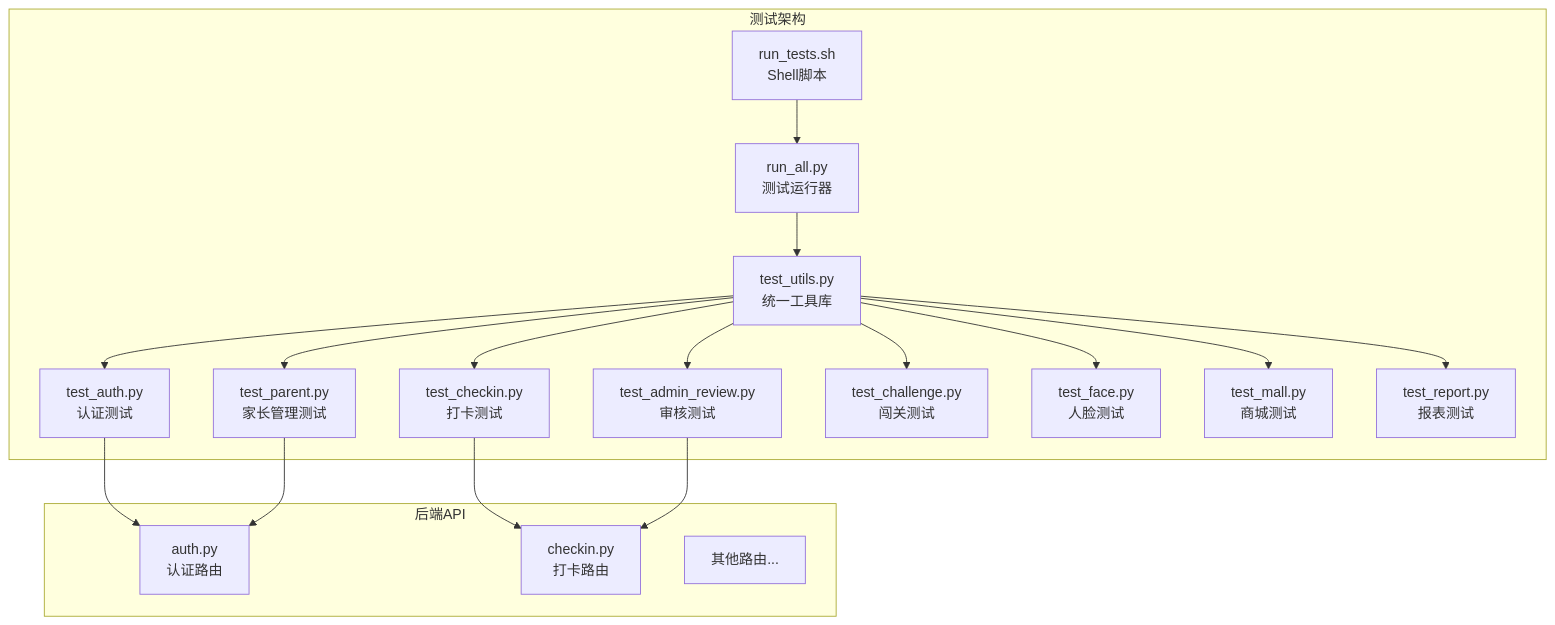
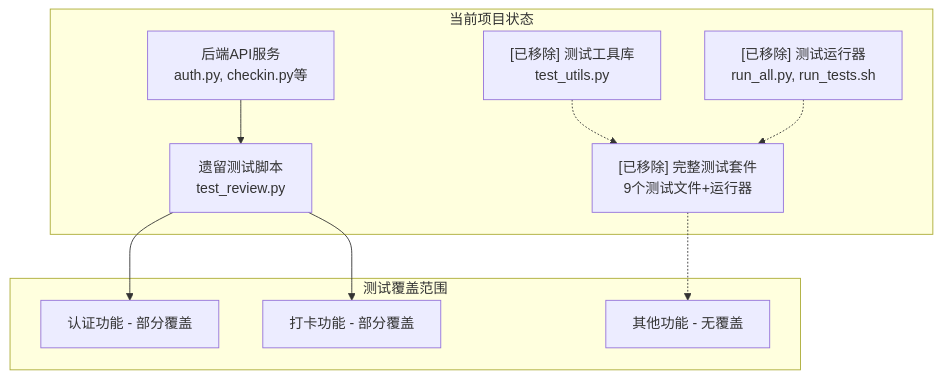
The first of 4 diagrams in .qoder/repowiki/zh/content/测试策略.md (onebody/homework), drawn with Mermaid before and after one commit. The commit also changed other lines of this file and 14 other files, not shown here.

````diff
--- a/.qoder/repowiki/zh/content/测试策略.md
+++ b/.qoder/repowiki/zh/content/测试策略.md
@@ -51,35 +37,21 @@
 ```mermaid
 graph TB
-subgraph "测试架构"
-A["test_utils.py<br/>统一工具库"]
-B["test_auth.py<br/>认证测试"]
-C["test_parent.py<br/>家长管理测试"]
-D["test_checkin.py<br/>打卡测试"]
-E["test_admin_review.py<br/>审核测试"]
-F["test_challenge.py<br/>闯关测试"]
-G["test_face.py<br/>人脸测试"]
-H["test_mall.py<br/>商城测试"]
-I["test_report.py<br/>报表测试"]
-J["run_all.py<br/>测试运行器"]
-K["run_tests.sh<br/>Shell脚本"]
+subgraph "当前项目状态"
+A["后端API服务<br/>auth.py, checkin.py等"]
+B["遗留测试脚本<br/>test_review.py"]
+C["[已移除] 完整测试套件<br/>9个测试文件+运行器"]
+D["[已移除] 测试工具库<br/>test_utils.py"]
+E["[已移除] 测试运行器<br/>run_all.py, run_tests.sh"]
 end
-subgraph "后端API"
-L["auth.py<br/>认证路由"]
-M["checkin.py<br/>打卡路由"]
-N["其他路由..."]
+subgraph "测试覆盖范围"
+F["认证功能 - 部分覆盖"]
+G["打卡功能 - 部分覆盖"]
+H["其他功能 - 无覆盖"]
 end
 A --> B
-A --> C
-A --> D
-A --> E
-A --> F
-A --> G
-A --> H
-A --> I
-J --> A
-K --> J
-B --> L
-C --> L
-D --> M
-E --> M
+B --> F
+B --> G
+C -.-> H
+D -.-> C
+E -.-> C
 ```
````
